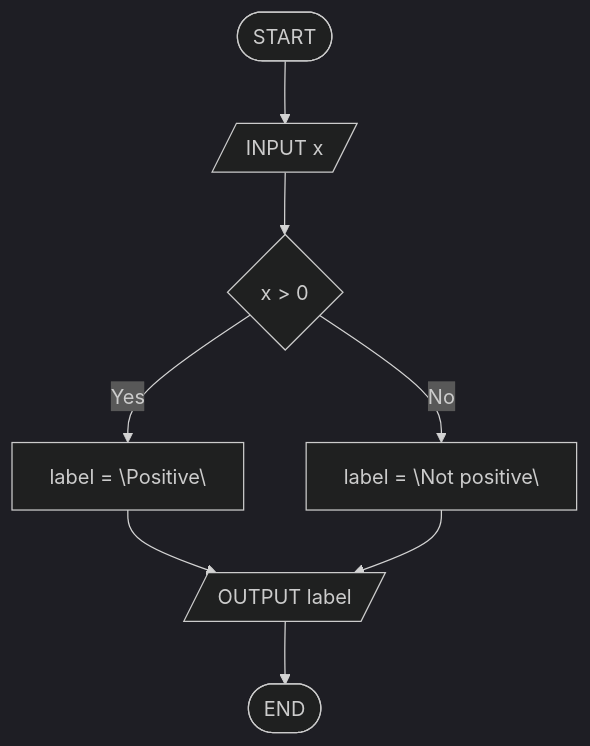
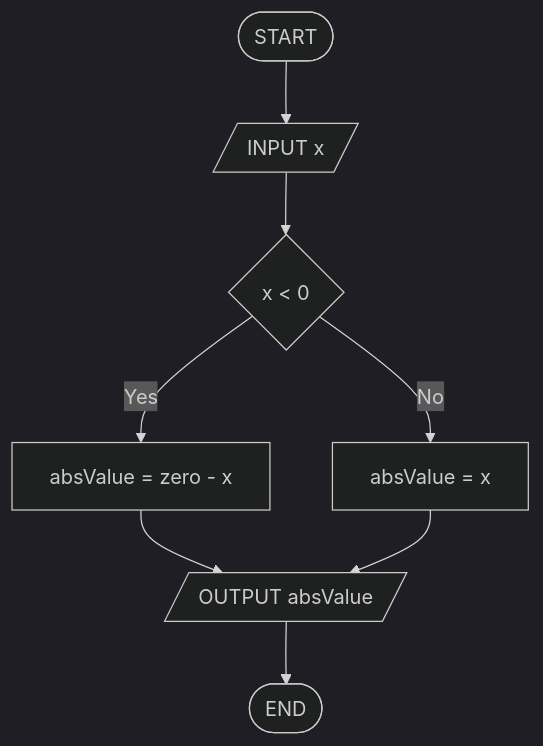
Before and after one commit to ISIBrussels/methodo-algo: the second of 5 diagrams in docs/seances/02/exercices_seance_02.md, drawn with Mermaid (dark theme). The commit also changed other lines of this file and 1 other file, not shown here.

````diff
--- a/docs/seances/02/exercices_seance_02.md
+++ b/docs/seances/02/exercices_seance_02.md
@@ -103,10 +107,10 @@
 ```mermaid
 flowchart TB
   A([START]) --> B[/INPUT x/]
-  B --> C{x > 0}
-  C -->|Yes| D["label = \"Positive\""]
-  C -->|No| E["label = \"Not positive\""]
-  D --> F[/OUTPUT label/]
+  B --> C{x < 0}
+  C -->|Yes| D["absValue = zero - x"]
+  C -->|No| E["absValue = x"]
+  D --> F[/OUTPUT absValue/]
   E --> F
   F --> G([END])
 ```
````
